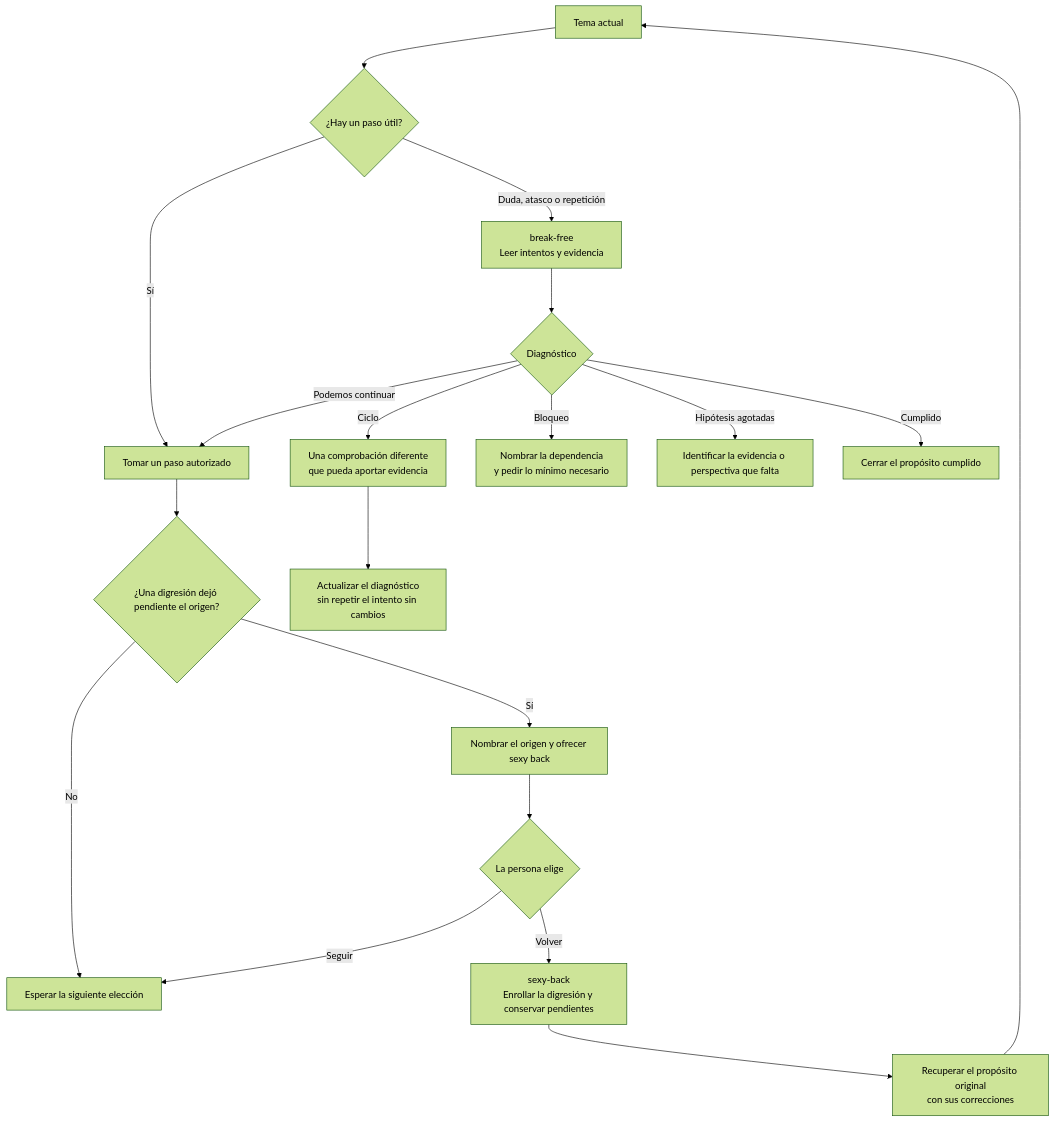
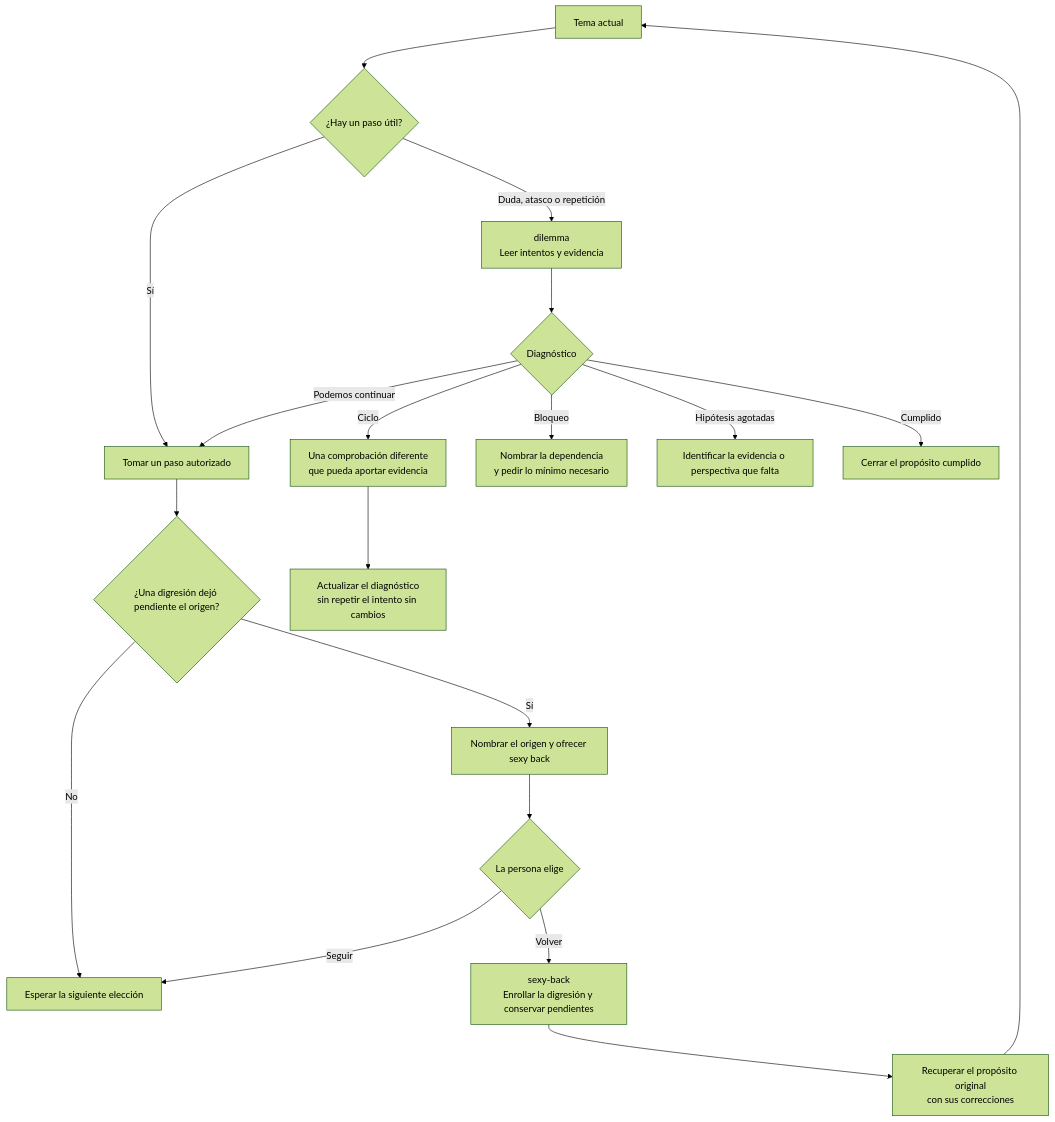
The eighth of 11 diagrams in docs/presentation.es.md (cangrejometralleta/OneTwoThree), drawn with Mermaid (forest theme) before and after one commit. The commit also changed other lines of this file and 10 other files, not shown here.

````diff
--- a/docs/presentation.es.md
+++ b/docs/presentation.es.md
@@ -270,21 +270,21 @@
 ```mermaid
 flowchart TD
     CURRENT["Tema actual"] --> CHECK{"¿Hay un paso útil?"}
     CHECK -- Sí --> STEP["Tomar un paso autorizado"]
-    CHECK -- "Duda, atasco o repetición" --> UNBLOCK["break-free<br/>Leer intentos y evidencia"]
+    CHECK -- "Duda, atasco o repetición" --> UNBLOCK["dilemma<br/>Leer intentos y evidencia"]
     UNBLOCK --> STATE{"Diagnóstico"}
     STATE -- "Podemos continuar" --> STEP
     STATE -- Ciclo --> OBSERVE["Una comprobación diferente<br/>que pueda aportar evidencia"]
     OBSERVE --> RESULT["Actualizar el diagnóstico<br/>sin repetir el intento sin cambios"]
     STATE -- Bloqueo --> NEED["Nombrar la dependencia<br/>y pedir lo mínimo necesario"]
     STATE -- "Hipótesis agotadas" --> HELP["Identificar la evidencia o perspectiva que falta"]
     STATE -- Cumplido --> DONE["Cerrar el propósito cumplido"]
     STEP --> RETURN{"¿Una digresión dejó pendiente el origen?"}
     RETURN -- No --> WAIT["Esperar la siguiente elección"]
     RETURN -- Sí --> OFFER["Nombrar el origen y ofrecer sexy back"]
     OFFER --> CHOICE{"La persona elige"}
     CHOICE -- Seguir --> WAIT
     CHOICE -- Volver --> ROLL["sexy-back<br/>Enrollar la digresión y conservar pendientes"]
     ROLL --> ORIGIN["Recuperar el propósito original<br/>con sus correcciones"]
     ORIGIN --> CURRENT
 ```
````
